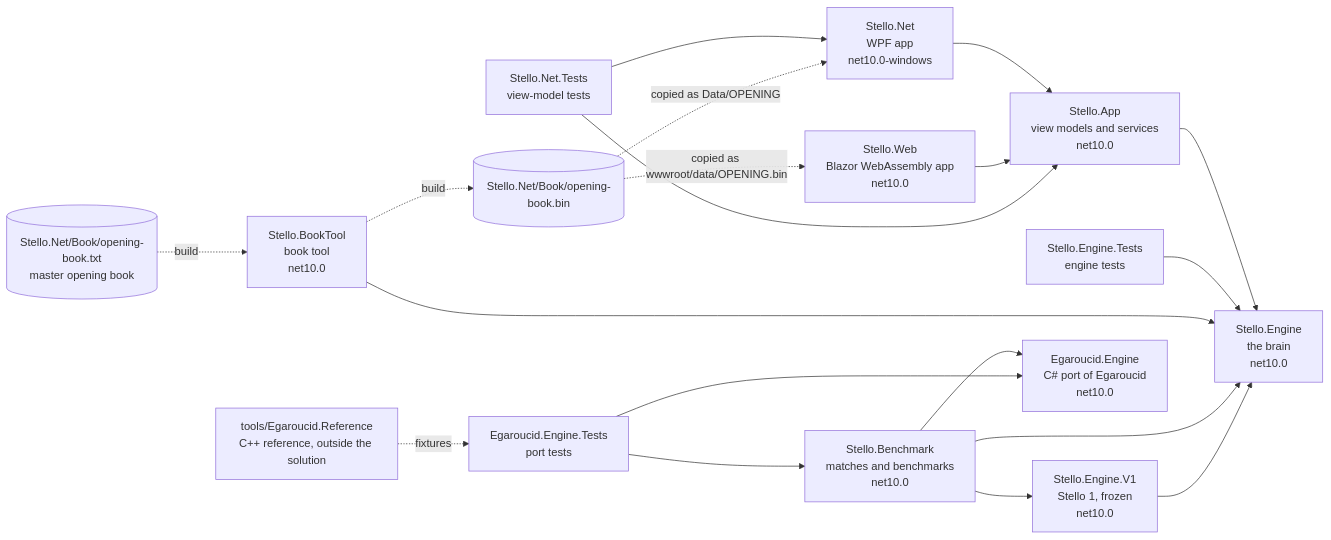
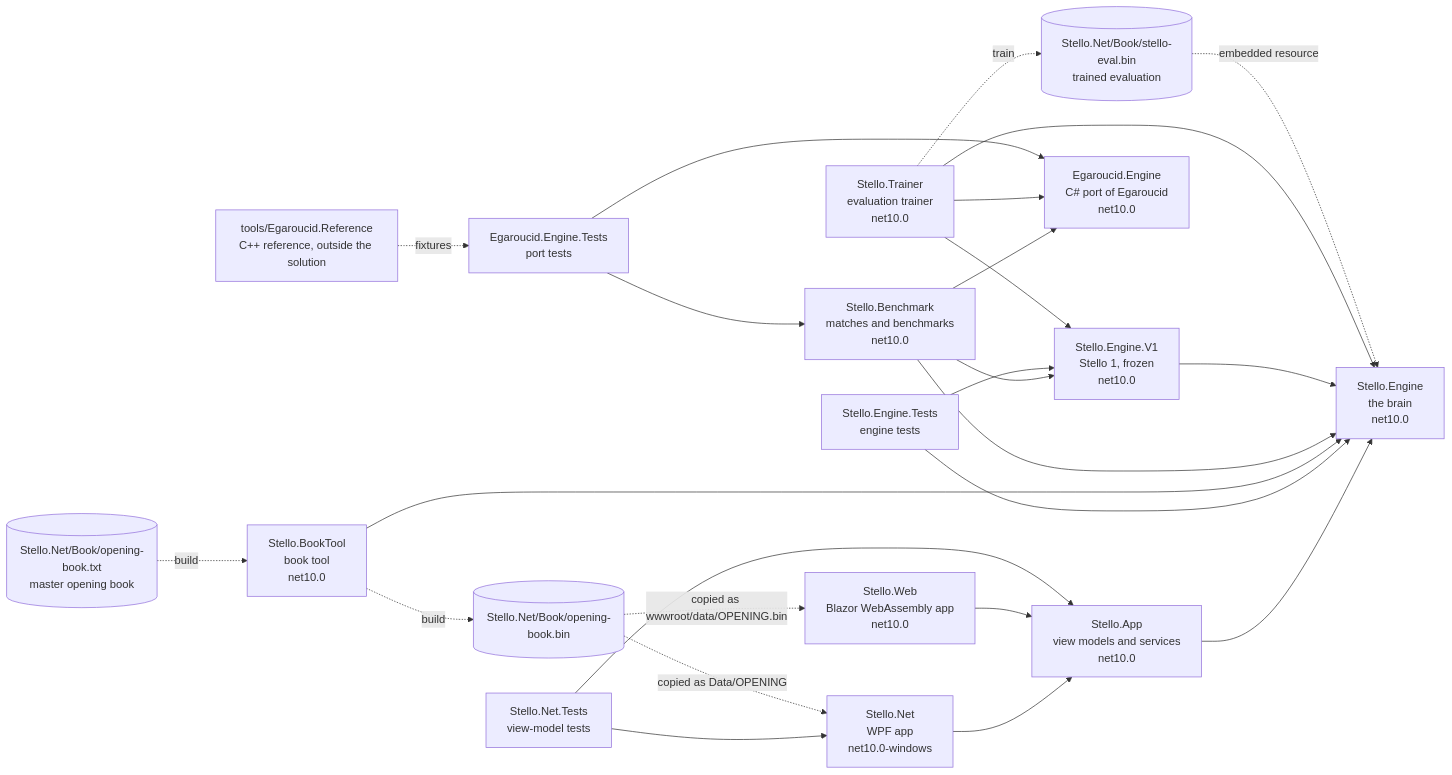
The first of 4 diagrams in docs/brain/01-overview.md (cjp-dev/Stello), drawn with Mermaid before and after one commit. The commit also changed other lines of this file and 19 other files, not shown here.

````diff
--- a/docs/brain/01-overview.md
+++ b/docs/brain/01-overview.md
@@ -11,21 +11,27 @@
 ```mermaid
 flowchart LR
     Wpf["Stello.Net<br/>WPF app<br/>net10.0-windows"] --> Shared["Stello.App<br/>view models and services<br/>net10.0"]
     Web["Stello.Web<br/>Blazor WebAssembly app<br/>net10.0"] --> Shared
     Shared --> Engine["Stello.Engine<br/>the brain<br/>net10.0"]
     AppTests["Stello.Net.Tests<br/>view-model tests"] --> Wpf
     AppTests --> Shared
     EngineTests["Stello.Engine.Tests<br/>engine tests"] --> Engine
     Tool["Stello.BookTool<br/>book tool<br/>net10.0"] --> Engine
     Bench["Stello.Benchmark<br/>matches and benchmarks<br/>net10.0"] --> Engine
     V1["Stello.Engine.V1<br/>Stello 1, frozen<br/>net10.0"] --> Engine
     Bench --> V1
     Bench --> Egaroucid["Egaroucid.Engine<br/>C# port of Egaroucid<br/>net10.0"]
+    EngineTests --> V1
+    Trainer["Stello.Trainer<br/>evaluation trainer<br/>net10.0"] --> Engine
+    Trainer --> V1
+    Trainer --> Egaroucid
     EgaroucidTests["Egaroucid.Engine.Tests<br/>port tests"] --> Egaroucid
     EgaroucidTests --> Bench
     Reference["tools/Egaroucid.Reference<br/>C++ reference, outside the solution"] -. "fixtures" .-> EgaroucidTests
     Text[("Stello.Net/Book/opening-book.txt<br/>master opening book")] -. "build" .-> Tool
     Tool -. "build" .-> Book[("Stello.Net/Book/opening-book.bin")]
     Book -. "copied as Data/OPENING" .-> Wpf
     Book -. "copied as wwwroot/data/OPENING.bin" .-> Web
+    Trainer -. "train" .-> Eval[("Stello.Net/Book/stello-eval.bin<br/>trained evaluation")]
+    Eval -. "embedded resource" .-> Engine
 ```
````
